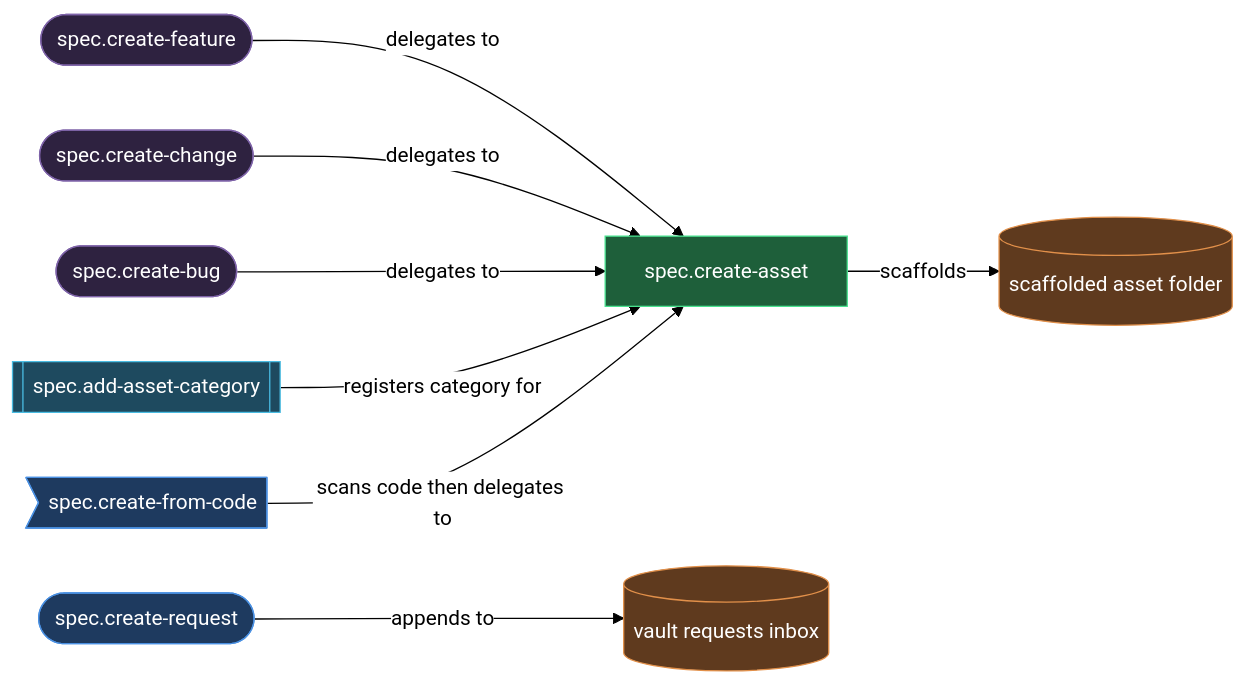
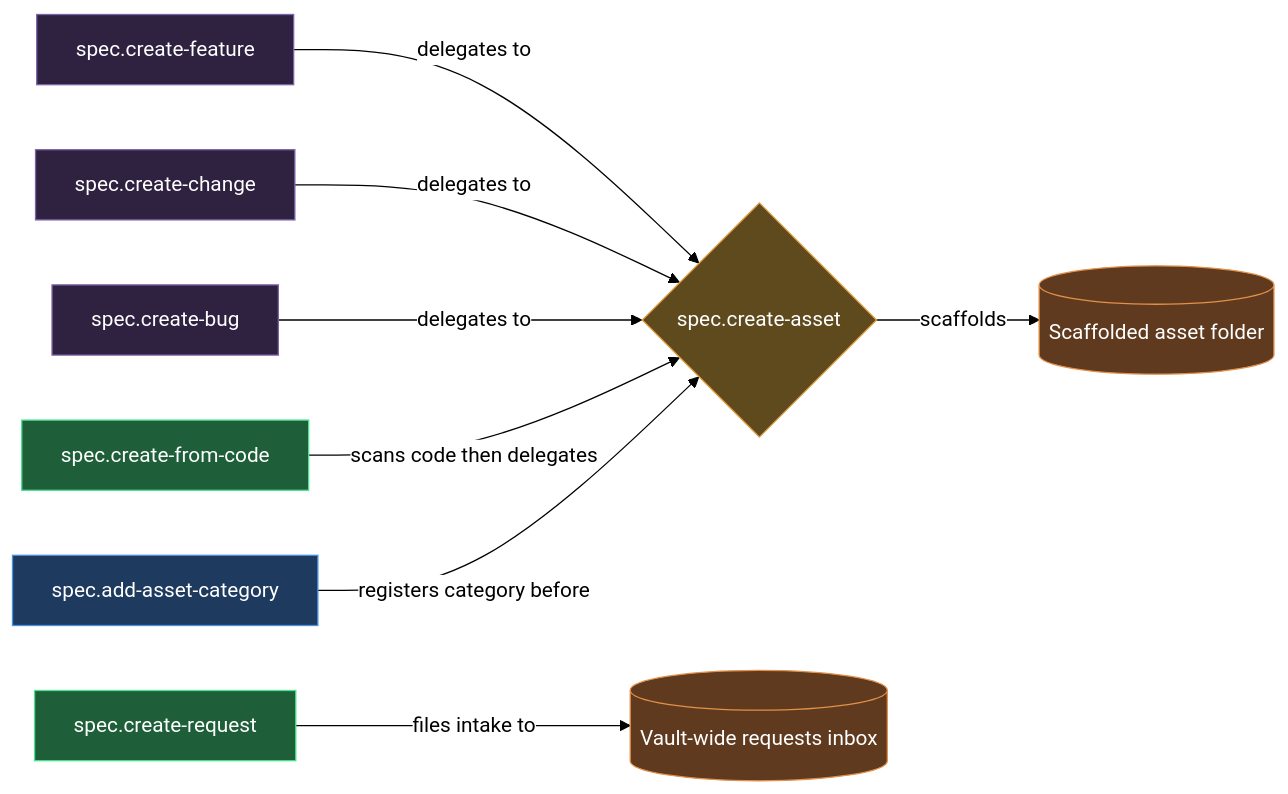
One commit to mebius-san/lazy-cortex changed the diagram in claude/lazycortex-specs/help/authoring.md. Above: the diagram before and after it, drawn with Mermaid. The commit also changed other lines of this file and 52 other files, not shown here.

First line of the commit message:
[lazycortex-specs] release 3.0.0 — folder-note # Summary + H1 Gates/History + spec.vault_root

````diff
--- a/claude/lazycortex-specs/help/authoring.md
+++ b/claude/lazycortex-specs/help/authoring.md
@@ -75,38 +60,37 @@
 ```mermaid
 %%{init: {'themeVariables':{'background':'transparent','lineColor':'#000','textColor':'#000','edgeLabelBackground':'#fff'},'themeCSS':'.edgeLabel{background-color:transparent!important}.edgeLabel p{background-color:transparent!important}','flowchart':{'diagramPadding':5,'useMaxWidth':true}}}%%
 flowchart LR
-  specCreateFeature([spec.create-feature])
-  specCreateChange([spec.create-change])
-  specCreateBug([spec.create-bug])
-  specAddAssetCategory[[spec.add-asset-category]]
-  specCreateAsset[spec.create-asset]
-  specCreateFromCode>spec.create-from-code]
-  scaffoldedAssetFolder[(scaffolded asset folder)]
-  specCreateRequest([spec.create-request])
-  requestsInbox[(vault requests inbox)]
+  specCreateFeature[spec.create-feature]
+  specCreateChange[spec.create-change]
+  specCreateBug[spec.create-bug]
+  specCreateFromCode[spec.create-from-code]
+  specAddAssetCategory[spec.add-asset-category]
+  specCreateAsset{spec.create-asset}
+  specCreateRequest[spec.create-request]
+  scaffoldedAssetFolder[(Scaffolded asset folder)]
+  requestsInbox[(Vault-wide requests inbox)]
 
   specCreateFeature -->|delegates to| specCreateAsset
   specCreateChange -->|delegates to| specCreateAsset
   specCreateBug -->|delegates to| specCreateAsset
-  specAddAssetCategory -->|registers category for| specCreateAsset
-  specCreateFromCode -->|scans code then delegates to| specCreateAsset
+  specCreateFromCode -->|scans code then delegates| specCreateAsset
+  specAddAssetCategory -->|registers category before| specCreateAsset
   specCreateAsset -->|scaffolds| scaffoldedAssetFolder
-  specCreateRequest -->|appends to| requestsInbox
+  specCreateRequest -->|files intake to| requestsInbox
 
-  classDef entry fill:#1e3a5f,stroke:#4a90e2,color:#fff
   classDef sub fill:#2e2240,stroke:#7e63a8,color:#fff
   classDef action fill:#1e5f3a,stroke:#4ae290,color:#fff
-  classDef service fill:#1e4a5f,stroke:#4abce2,color:#fff
+  classDef guard fill:#5f4a1e,stroke:#e2a14a,color:#fff
+  classDef entry fill:#1e3a5f,stroke:#4a90e2,color:#fff
   classDef store fill:#5f3a1e,stroke:#e2904a,color:#fff
-  classDef success fill:#0d4d2a,stroke:#4ae290,color:#fff,stroke-width:2px
 
   class specCreateFeature sub
   class specCreateChange sub
   class specCreateBug sub
-  class specAddAssetCategory service
-  class specCreateAsset action
-  class specCreateFromCode entry
+  class specCreateFromCode action
+  class specAddAssetCategory entry
+  class specCreateAsset guard
+  class specCreateRequest action
   class scaffoldedAssetFolder store
-  class specCreateRequest entry
   class requestsInbox store
 ```
````
